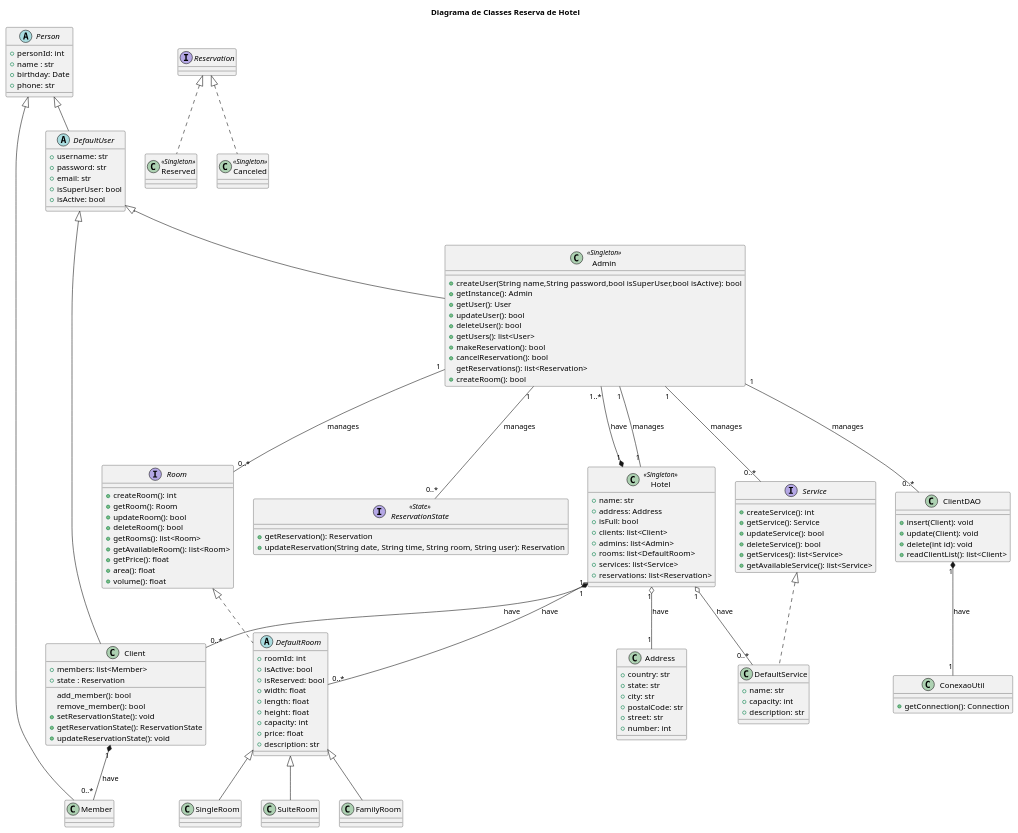
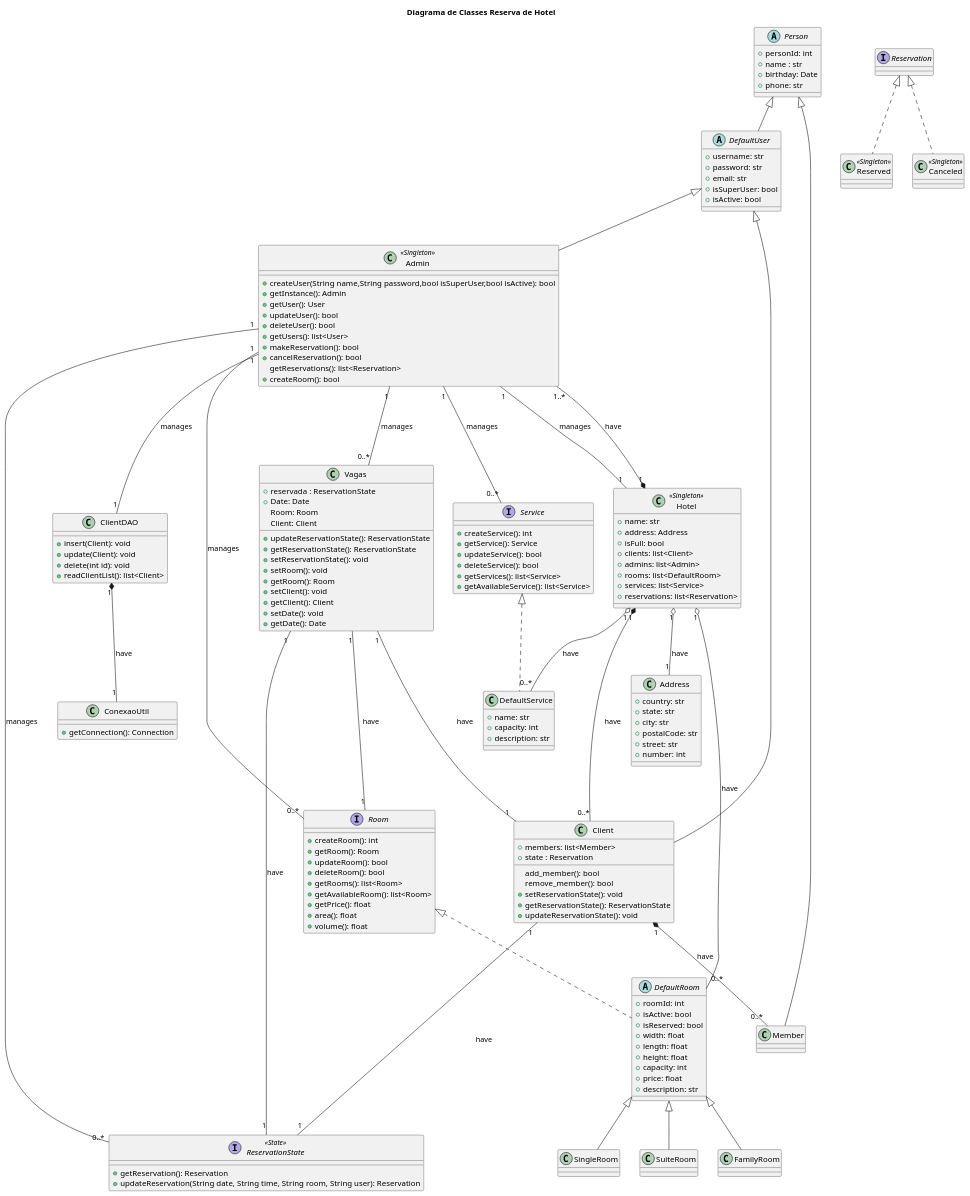
Before and after one commit to Enzuldo2/Hotel-Reservation: the diagram in diagrama_de_classes.iuml, drawn with PlantUML.

Commit message:
Testing diagram

```diff
--- a/diagrama_de_classes.iuml
+++ b/diagrama_de_classes.iuml
@@ -1,160 +1,183 @@
 @startuml
 title Diagrama de Classes Reserva de Hotel
 
 abstract class Person {
     +personId: int 
     +name : str
     +birthday: Date
     +phone: str
 }
 
 
 class Client extends DefaultUser {
     +members: list<Member>
     +state : Reservation
     add_member(): bool
     remove_member(): bool
     +setReservationState(): void
     +getReservationState(): ReservationState
     +updateReservationState(): void
 }
 
 abstract class DefaultUser extends Person {
     +username: str
     +password: str
     +email: str
     +isSuperUser: bool 
     +isActive: bool 
 }
 
 class Admin <<Singleton>> extends DefaultUser {
 
     +createUser(String name,String password,bool isSuperUser,bool isActive): bool
     +getInstance(): Admin
     +getUser(): User
     +updateUser(): bool
     +deleteUser(): bool
     +getUsers(): list<User>
     +makeReservation(): bool
     +cancelReservation(): bool
     getReservations(): list<Reservation>
     +createRoom(): bool
 }
 
 
 class Member extends Person {
 }
 
 
 class Hotel <<Singleton>> {
     +name: str
     +address: Address
     +isFull: bool
     +clients: list<Client>
     +admins: list<Admin>
     +rooms: list<DefaultRoom>
     +services: list<Service>
     +reservations: list<Reservation>
 }
 
 class Address {
     +country: str
     +state: str
     +city: str
     +postalCode: str
     +street: str
     +number: int
 }
 
 interface Room {
     +createRoom(): int
     +getRoom(): Room
     +updateRoom(): bool
     +deleteRoom(): bool
     +getRooms(): list<Room>
     +getAvailableRoom(): list<Room>
     +getPrice(): float
     +area(): float
     +volume(): float
 }
 
 abstract class DefaultRoom implements Room {
     +roomId: int
     +isActive: bool
     +isReserved: bool
     +width: float
     +length: float
     +height: float
     +capacity: int
     +price: float
     +description: str
 }
 
 
 class SingleRoom extends DefaultRoom {
 }
 
 class SuiteRoom extends DefaultRoom {
 }
 
 class FamilyRoom extends DefaultRoom {
 }
 
 interface Service {
     +createService(): int
     +getService(): Service
     +updateService(): bool
     +deleteService(): bool
     +getServices(): list<Service>
     +getAvailableService(): list<Service>
 }
 
 class DefaultService implements Service {
     +name: str
     +capacity: int 
     +description: str
 
 }
 
 interface ReservationState <<State>> {
     +getReservation(): Reservation
     +updateReservation(String date, String time, String room, String user): Reservation
 }
 
 class Reserved <<Singleton>> implements Reservation {
 }
 
 class Canceled <<Singleton>> implements Reservation {
 }
 
 class ConexaoUtil {
     +getConnection(): Connection
 }
 
 class ClientDAO {
     +insert(Client): void
     +update(Client): void
     +delete(int id): void
     +readClientList(): list<Client>
 }
 
+class Vagas{
+    +reservada : ReservationState
+    +Date: Date
+    Room: Room
+    Client: Client
+
+    +updateReservationState(): ReservationState
+    +getReservationState(): ReservationState
+    +setReservationState(): void
+    +setRoom(): void
+    +getRoom(): Room
+    +setClient(): void
+    +getClient(): Client
+    +setDate(): void
+    +getDate(): Date
+}
+
 
 
 Hotel "1" o-- "1"     Address: have
 Hotel "1" *-- "1..*"  Admin: have
 Hotel "1" *-- "0..*"  Client: have
 Hotel "1" o-- "0..*"  DefaultRoom: have
 Hotel "1" o-- "0..*"  DefaultService: have
 
 
 Admin "1" --- "0..*"  Service: manages
 Admin "1" --- "0..*"  Room: manages
 Admin "1" --- "0..*"  ReservationState: manages
 Admin "1" --- "1"     Hotel: manages
-Admin "1" --- "0..*"  ClientDAO: manages
+Admin "1" --- "1"  ClientDAO: manages
+Admin "1" --- "0..*" Vagas: manages
 
 ClientDAO "1" *-- "1" ConexaoUtil: have
 
+Vagas "1" --- "1" ReservationState: have
+Vagas "1" --- "1" Room: have
+Vagas "1" --- "1" Client: have
 
 Client "1" *-- "0..*" Member: have
+Client "1" --- "1" ReservationState: have
+
 @enduml
```
